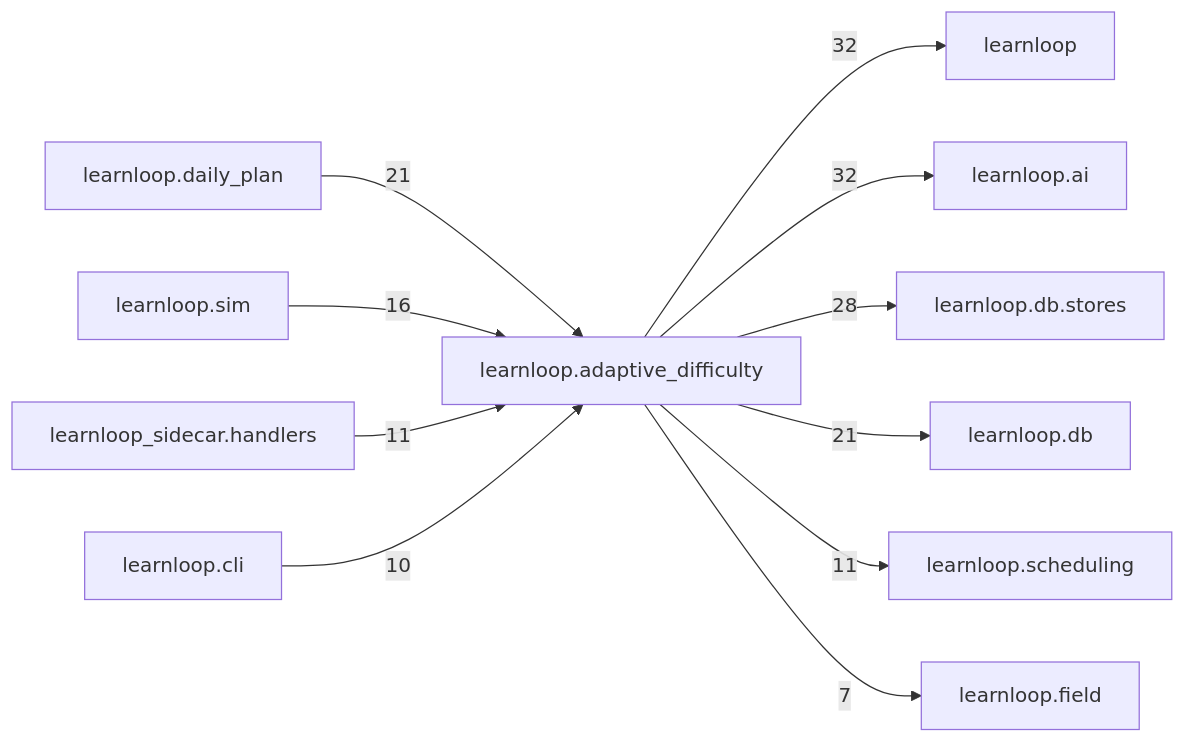
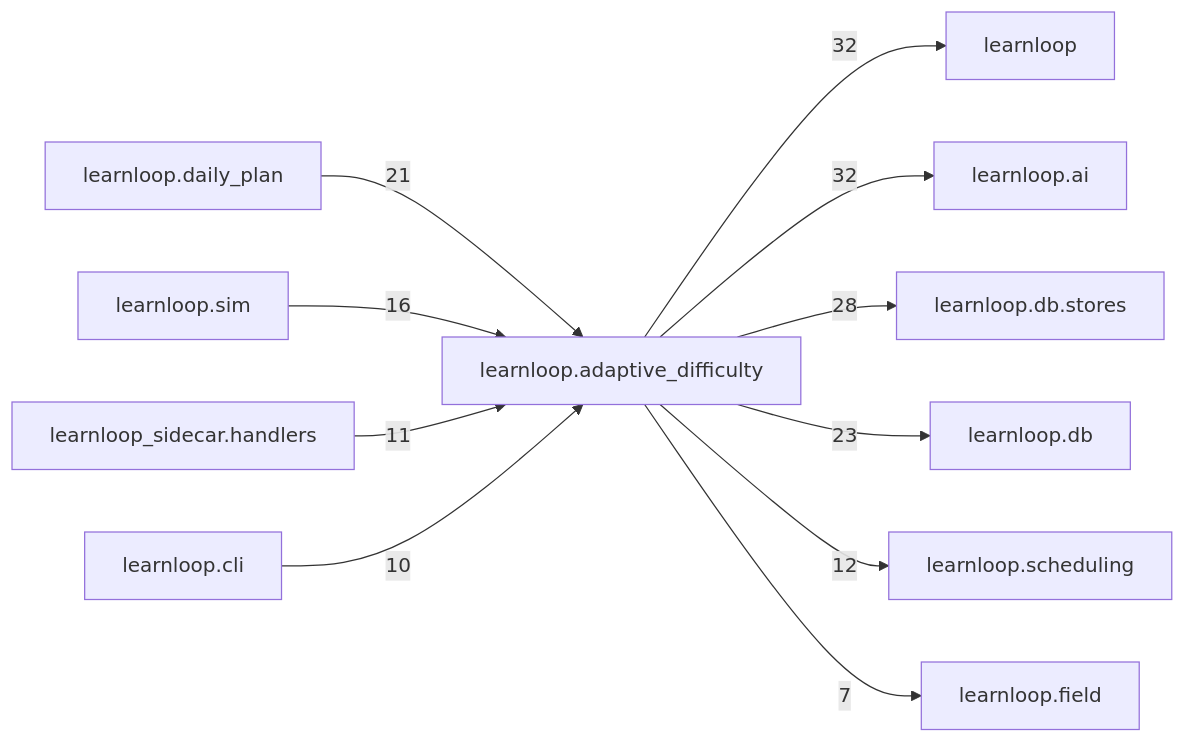
One commit to 6up-b/learnanything changed the diagram in docs/learnloop-architecture-vault/Reference/Modules/learnloop/adaptive_difficulty/_package.md. Above: the diagram before and after it, drawn with Mermaid. The commit also changed other lines of this file and 122 other files, not shown here.

````diff
--- a/docs/learnloop-architecture-vault/Reference/Modules/learnloop/adaptive_difficulty/_package.md
+++ b/docs/learnloop-architecture-vault/Reference/Modules/learnloop/adaptive_difficulty/_package.md
@@ -181,24 +183,24 @@
 ```mermaid
 flowchart LR
     center["learnloop.adaptive_difficulty"]
     n_learnloop["learnloop"]
     n_learnloop_ai["learnloop.ai"]
     n_learnloop_db_stores["learnloop.db.stores"]
+    n_learnloop_db["learnloop.db"]
     n_learnloop_daily_plan["learnloop.daily_plan"]
-    n_learnloop_db["learnloop.db"]
     n_learnloop_sim["learnloop.sim"]
     n_learnloop_scheduling["learnloop.scheduling"]
     n_learnloop_sidecar_handlers["learnloop_sidecar.handlers"]
     n_learnloop_cli["learnloop.cli"]
     n_learnloop_field["learnloop.field"]
     center -->|32| n_learnloop
     center -->|32| n_learnloop_ai
     center -->|28| n_learnloop_db_stores
+    center -->|23| n_learnloop_db
     n_learnloop_daily_plan -->|21| center
-    center -->|21| n_learnloop_db
     n_learnloop_sim -->|16| center
-    center -->|11| n_learnloop_scheduling
+    center -->|12| n_learnloop_scheduling
     n_learnloop_sidecar_handlers -->|11| center
     n_learnloop_cli -->|10| center
     center -->|7| n_learnloop_field
 ```
````
